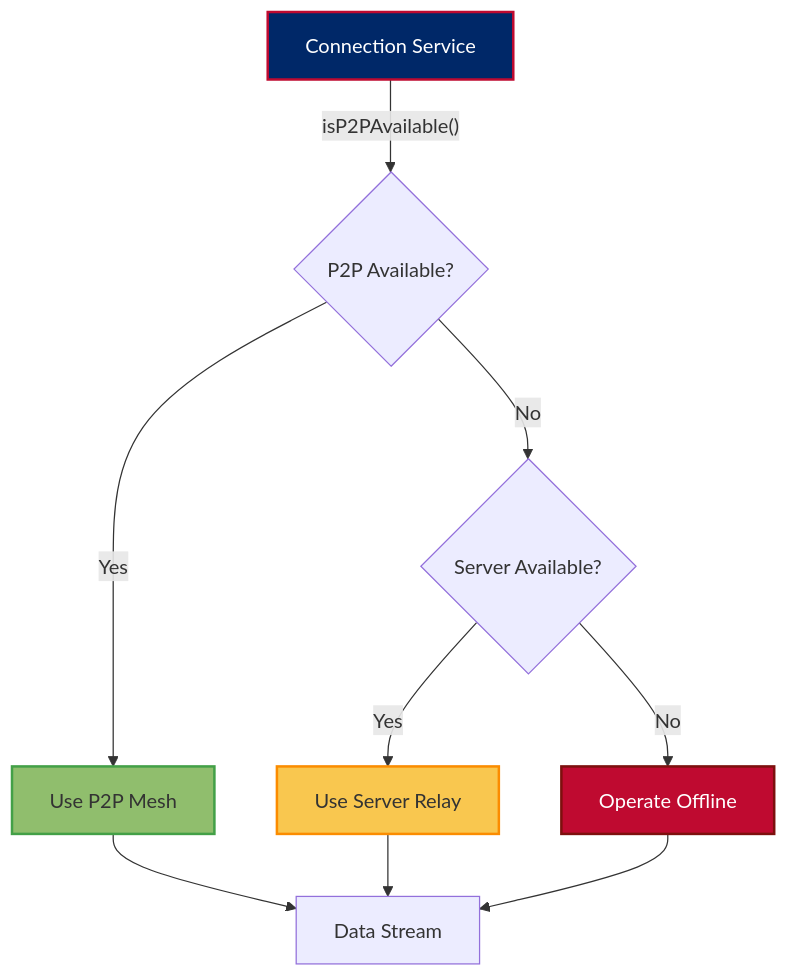
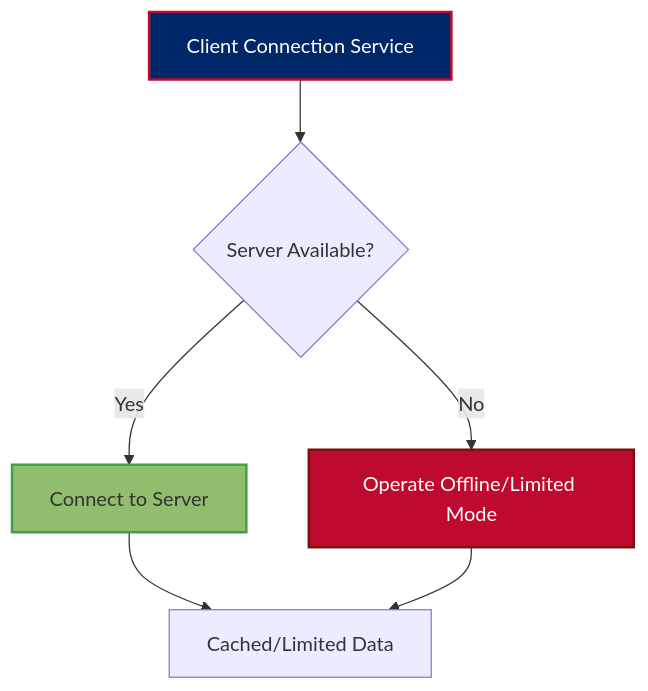
One commit to JeffreySanford/forge-board changed the fourth of 7 diagrams in forgeboard-frontend/src/assets/documentation/CODING-STANDARDS.md. Above: the diagram before and after it, drawn with Mermaid. The commit also changed other lines of this file and 53 other files, not shown here.

````diff
--- a/forgeboard-frontend/src/assets/documentation/CODING-STANDARDS.md
+++ b/forgeboard-frontend/src/assets/documentation/CODING-STANDARDS.md
@@ -95,16 +99,12 @@
 ```mermaid
 flowchart TD
-  Connection[Connection Service]:::service --> |"isP2PAvailable()"| P2PCheck{P2P Available?}
-  P2PCheck -->|Yes| P2PConnect[Use P2P Mesh]:::primary
-  P2PCheck -->|No| ServerCheck{Server Available?}
-  ServerCheck -->|Yes| ServerConnect[Use Server Relay]:::secondary
-  ServerCheck -->|No| Offline[Operate Offline]:::offline
-  P2PConnect --> Stream[Data Stream]
-  ServerConnect --> Stream
-  Offline --> Stream
+  Connection[Client Connection Service]:::service --> ServerCheck{Server Available?}
+  ServerCheck -->|Yes| ServerConnect[Connect to Server]:::primary
+  ServerCheck -->|No| Offline[Operate Offline/Limited Mode]:::offline
+  ServerConnect --> Stream[Data Stream from Server]
+  Offline --> Stream[Cached/Limited Data]
   
   classDef service fill:#002868,stroke:#BF0A30,stroke-width:2px,color:#FFFFFF;
   classDef primary fill:#90BE6D,stroke:#43A047,stroke-width:2px;
-  classDef secondary fill:#F9C74F,stroke:#FB8C00,stroke-width:2px;
   classDef offline fill:#BF0A30,stroke:#7D100E,stroke-width:2px,color:#FFFFFF;
 ```
````
